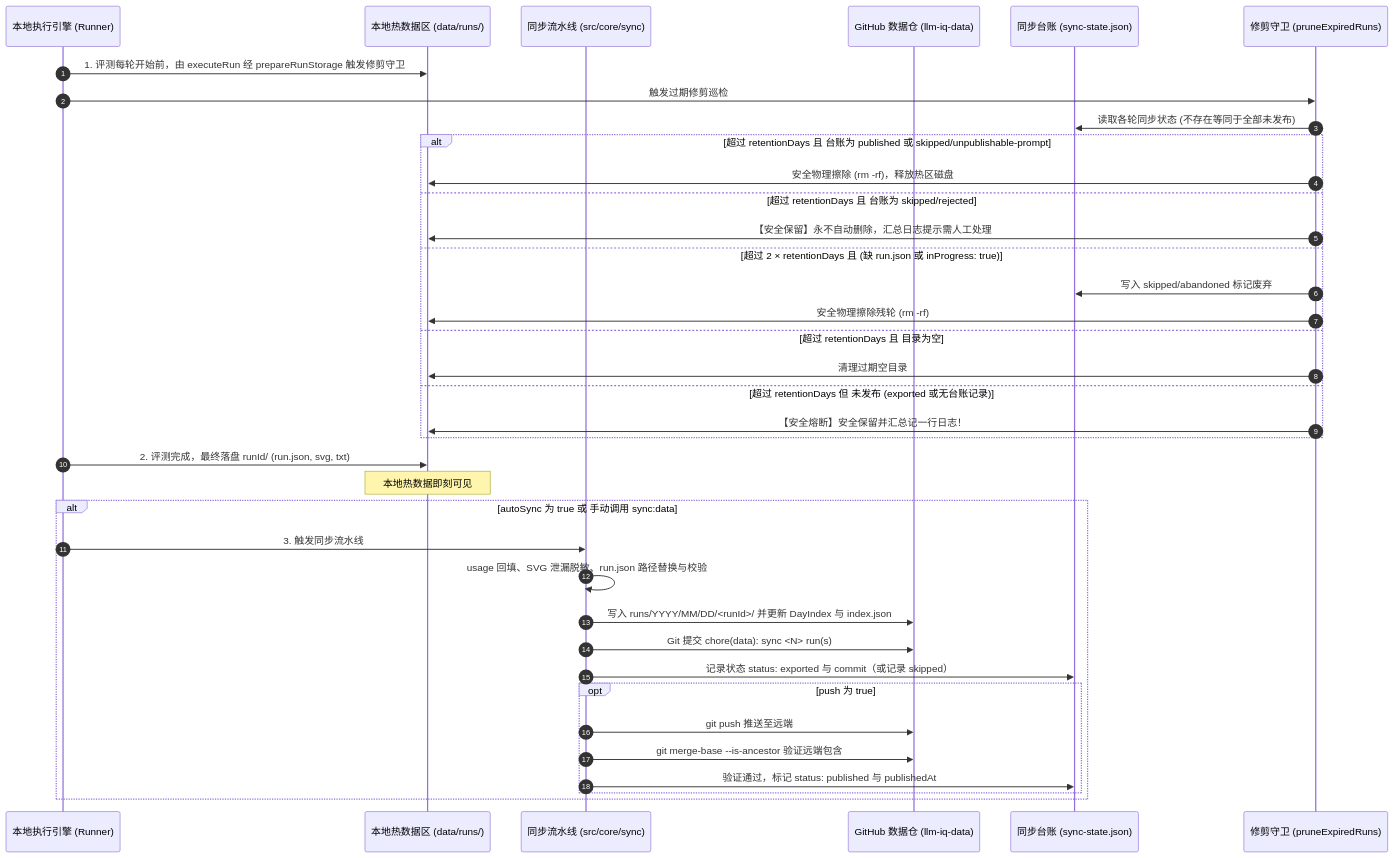
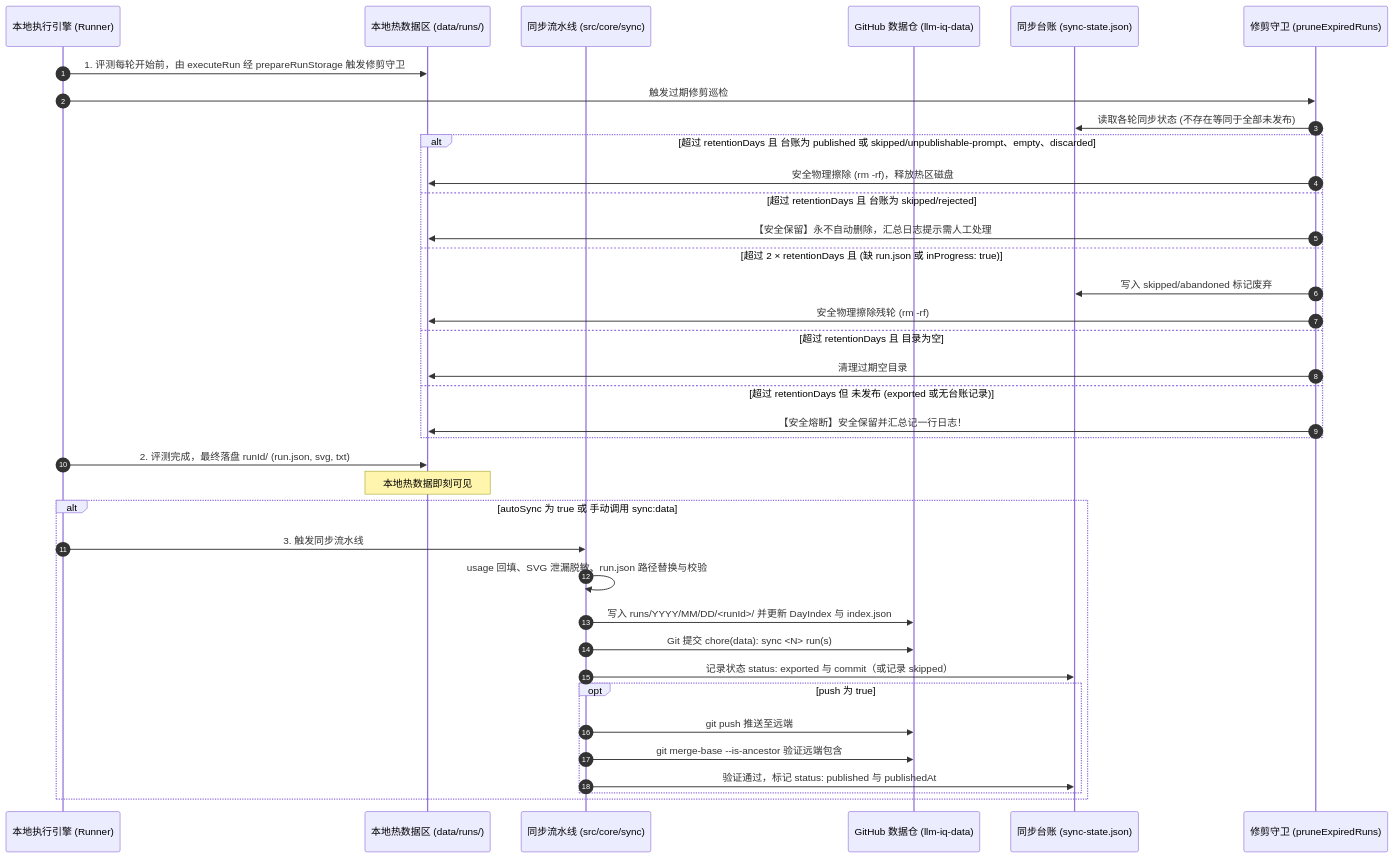
Before and after one commit to meomeo-dev/llm-iq-dashboard: the second of 2 diagrams in docs/data-sync-architecture.md, drawn with Mermaid. The commit also changed other lines of this file and 10 other files, not shown here.

````diff
--- a/docs/data-sync-architecture.md
+++ b/docs/data-sync-architecture.md
@@ -92,40 +92,40 @@
 ```mermaid
 sequenceDiagram
     autonumber
     participant Runner as 本地执行引擎 (Runner)
     participant HotDir as 本地热数据区 (data/runs/)
     participant Hook as 同步流水线 (src/core/sync)
     participant ColdRepo as GitHub 数据仓 (llm-iq-data)
     participant Ledger as 同步台账 (sync-state.json)
     participant Guard as 修剪守卫 (pruneExpiredRuns)
 
     Runner->>HotDir: 1. 评测每轮开始前，由 executeRun 经 prepareRunStorage 触发修剪守卫
     Runner->>Guard: 触发过期修剪巡检
     Guard->>Ledger: 读取各轮同步状态 (不存在等同于全部未发布)
-    alt 超过 retentionDays 且 台账为 published 或 skipped/unpublishable-prompt
+    alt 超过 retentionDays 且 台账为 published 或 skipped/unpublishable-prompt、empty、discarded
         Guard->>HotDir: 安全物理擦除 (rm -rf)，释放热区磁盘
     else 超过 retentionDays 且 台账为 skipped/rejected
         Guard->>HotDir: 【安全保留】永不自动删除，汇总日志提示需人工处理
     else 超过 2 × retentionDays 且 (缺 run.json 或 inProgress: true)
         Guard->>Ledger: 写入 skipped/abandoned 标记废弃
         Guard->>HotDir: 安全物理擦除残轮 (rm -rf)
     else 超过 retentionDays 且 目录为空
         Guard->>HotDir: 清理过期空目录
     else 超过 retentionDays 但 未发布 (exported 或无台账记录)
         Guard->>HotDir: 【安全熔断】安全保留并汇总记一行日志！
     end
     Runner->>HotDir: 2. 评测完成，最终落盘 runId/ (run.json, svg, txt)
     Note over HotDir: 本地热数据即刻可见
     alt autoSync 为 true 或 手动调用 sync:data
         Runner->>Hook: 3. 触发同步流水线
         Hook->>Hook: usage 回填、SVG 泄漏脱敏、run.json 路径替换与校验
         Hook->>ColdRepo: 写入 runs/YYYY/MM/DD/<runId>/ 并更新 DayIndex 与 index.json
         Hook->>ColdRepo: Git 提交 chore(data): sync <N> run(s)
         Hook->>Ledger: 记录状态 status: exported 与 commit（或记录 skipped）
         opt push 为 true
             Hook->>ColdRepo: git push 推送至远端
             Hook->>ColdRepo: git merge-base --is-ancestor 验证远端包含
             Hook->>Ledger: 验证通过，标记 status: published 与 publishedAt
         end
     end
 ```
````
